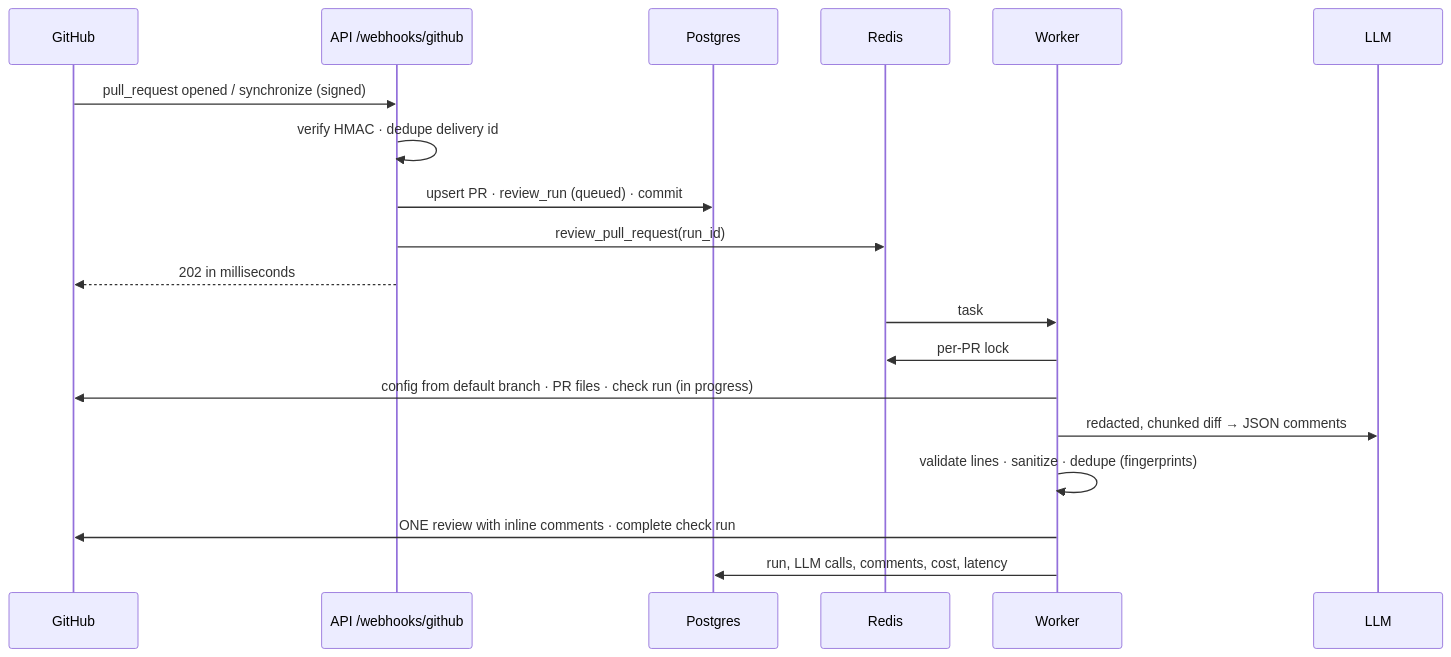
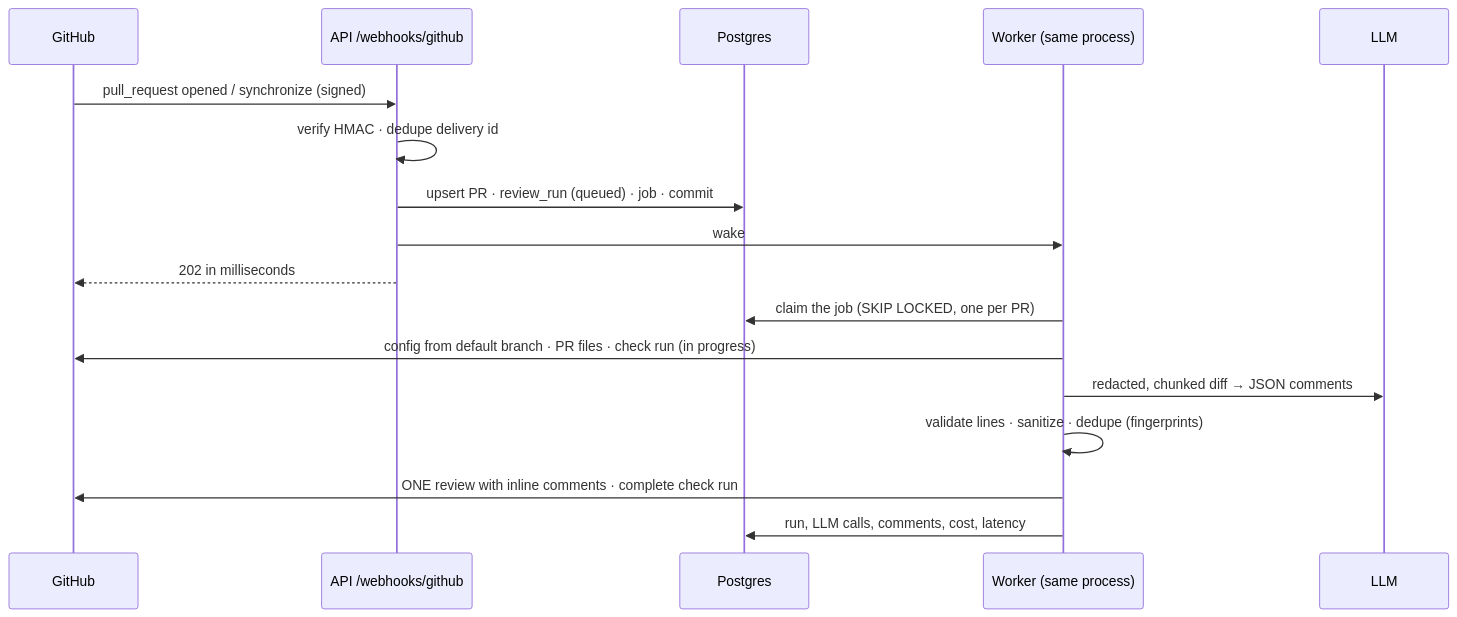
The second of 2 diagrams in README.md (Ommadure/ai-pr-reviewer), drawn with Mermaid before and after one commit. The commit also changed other lines of this file and 61 other files, not shown here.

First line of the commit message:
Replace Celery + Redis with a Postgres job queue and an in-process worker

````diff
--- a/README.md
+++ b/README.md
@@ -67,21 +68,19 @@
 ```mermaid
 sequenceDiagram
     participant GH as GitHub
     participant API as API /webhooks/github
     participant DB as Postgres
-    participant Q as Redis
-    participant W as Worker
+    participant W as Worker (same process)
     participant LLM as LLM
     GH->>API: pull_request opened / synchronize (signed)
     API->>API: verify HMAC · dedupe delivery id
-    API->>DB: upsert PR · review_run (queued) · commit
-    API->>Q: review_pull_request(run_id)
+    API->>DB: upsert PR · review_run (queued) · job · commit
+    API->>W: wake
     API-->>GH: 202 in milliseconds
-    Q->>W: task
-    W->>Q: per-PR lock
+    W->>DB: claim the job (SKIP LOCKED, one per PR)
     W->>GH: config from default branch · PR files · check run (in progress)
     W->>LLM: redacted, chunked diff → JSON comments
     W->>W: validate lines · sanitize · dedupe (fingerprints)
     W->>GH: ONE review with inline comments · complete check run
     W->>DB: run, LLM calls, comments, cost, latency
 ```
````
